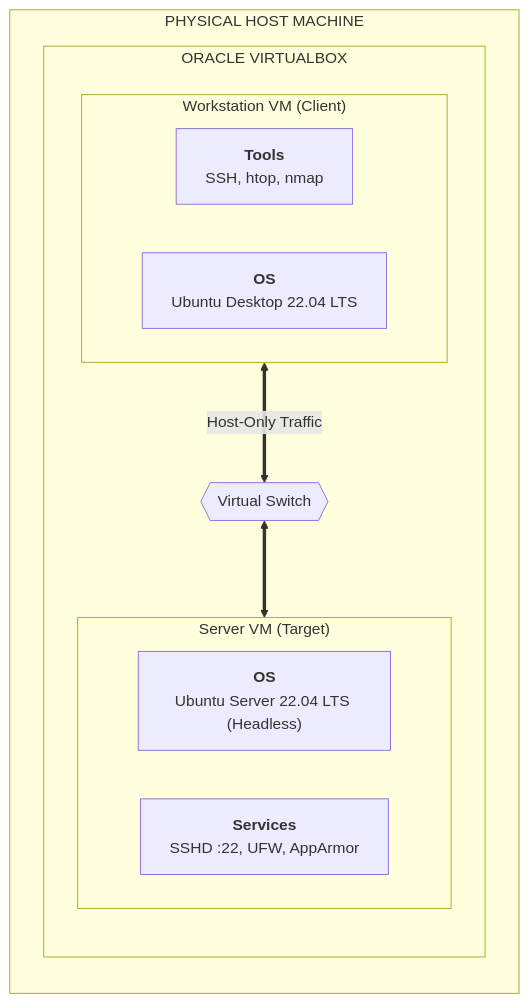
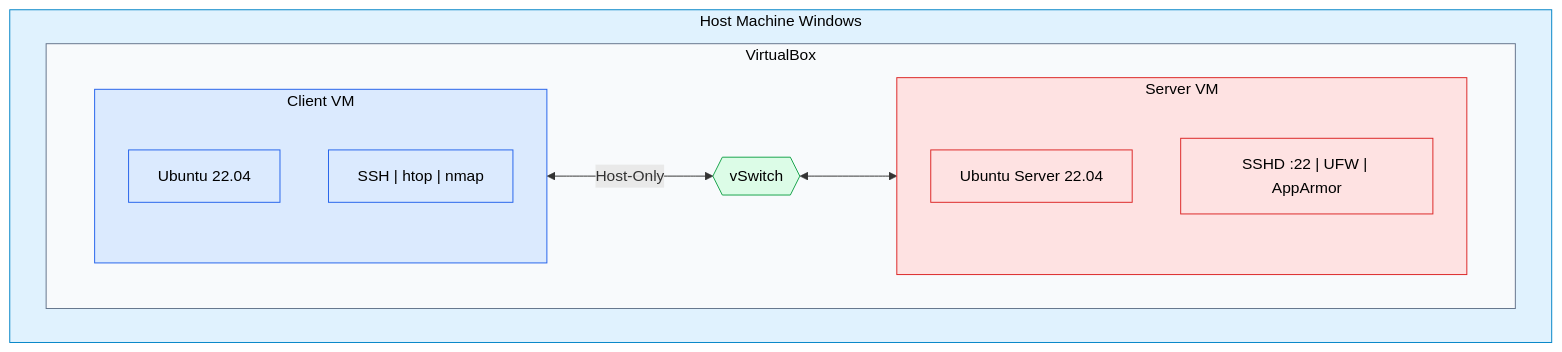
One commit to Z23599848/OS-coursework changed the diagram in journal/week1.md. Above: the diagram before and after it, drawn with Mermaid.

````diff
--- a/journal/week1.md
+++ b/journal/week1.md
@@ -17,27 +17,42 @@
 ```mermaid
-graph TD
-    subgraph PhysicalHost ["PHYSICAL HOST MACHINE"]
-        direction TB
-        
-        subgraph VirtualBox ["ORACLE VIRTUALBOX"]
-            direction TB
+graph LR
+    %% Physical Host
+    subgraph Host["Host Machine Windows"]
+        direction LR
 
-            subgraph VM_Client ["Workstation VM (Client)"]
-                direction LR
-                Tools["<b>Tools</b><br/>SSH, htop, nmap"]
-                OS_Client["<b>OS</b><br/>Ubuntu Desktop 22.04 LTS"]
+        %% VirtualBox
+        subgraph VBox["VirtualBox"]
+            direction LR
+
+            subgraph Client["Client VM"]
+                OS_C["Ubuntu 22.04"]
+                Tools["SSH | htop | nmap"]
             end
 
-            VSwitch{{"Virtual Switch"}}
+            VSwitch{{vSwitch}}
 
-            subgraph VM_Server ["Server VM (Target)"]
-                direction LR
-                OS_Server["<b>OS</b><br/>Ubuntu Server 22.04 LTS (Headless)"]
-                Services["<b>Services</b><br/>SSHD :22, UFW, AppArmor"]
+            subgraph Server["Server VM"]
+                OS_S["Ubuntu Server 22.04"]
+                Svc["SSHD :22 | UFW | AppArmor"]
             end
 
-            VM_Client <==>|"Host-Only Traffic"| VSwitch
-            VSwitch <==> VM_Server
+            Client <-->|Host-Only| VSwitch
+            VSwitch <-->| | Server
         end
     end
+
+    %% Styling
+    classDef host fill:#e0f2fe,stroke:#0284c7,stroke-width:1px,color:#000;
+    classDef container fill:#f8fafc,stroke:#64748b,stroke-width:1px,color:#000;
+    classDef client fill:#dbeafe,stroke:#2563eb,stroke-width:1px,color:#000;
+    classDef server fill:#fee2e2,stroke:#dc2626,stroke-width:1px,color:#000;
+    classDef switch fill:#dcfce7,stroke:#16a34a,stroke-width:1px,color:#000;
+
+    %% Apply classes
+    class Host host;
+    class VBox container;
+    class Client,OS_C,Tools client;
+    class Server,OS_S,Svc server;
+    class VSwitch switch;
+
 ```
````
